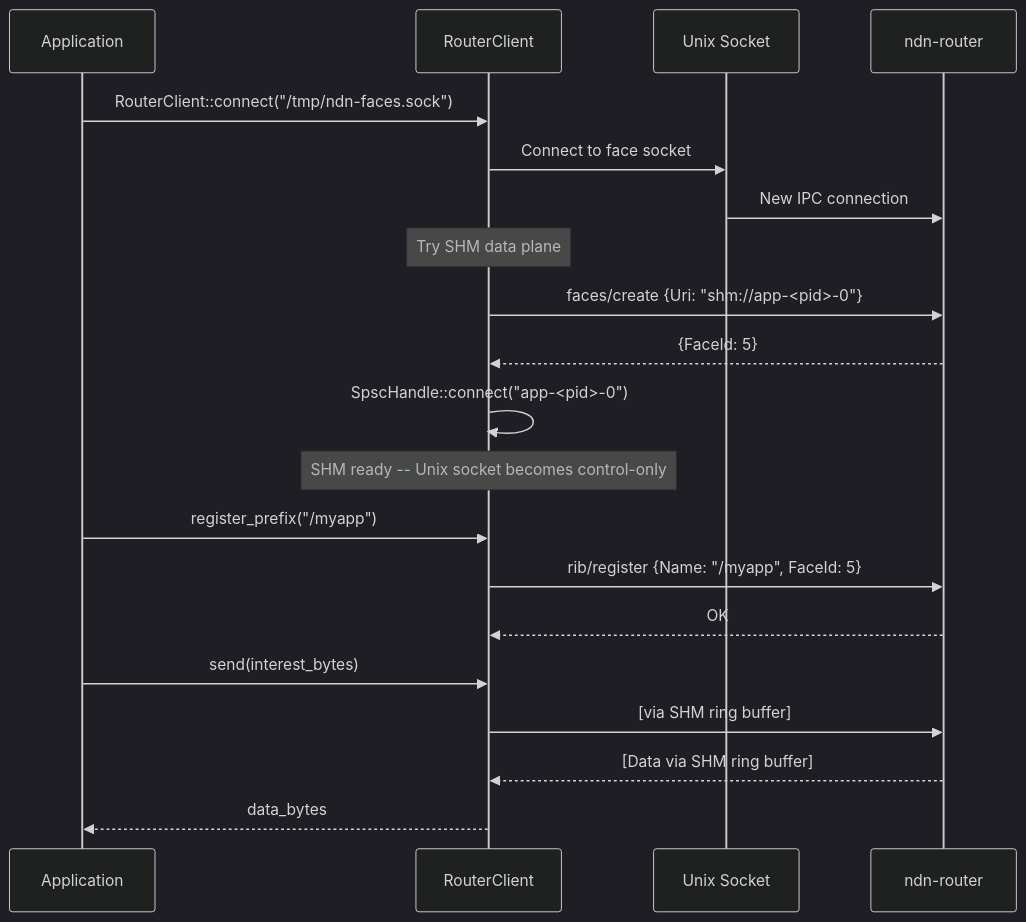
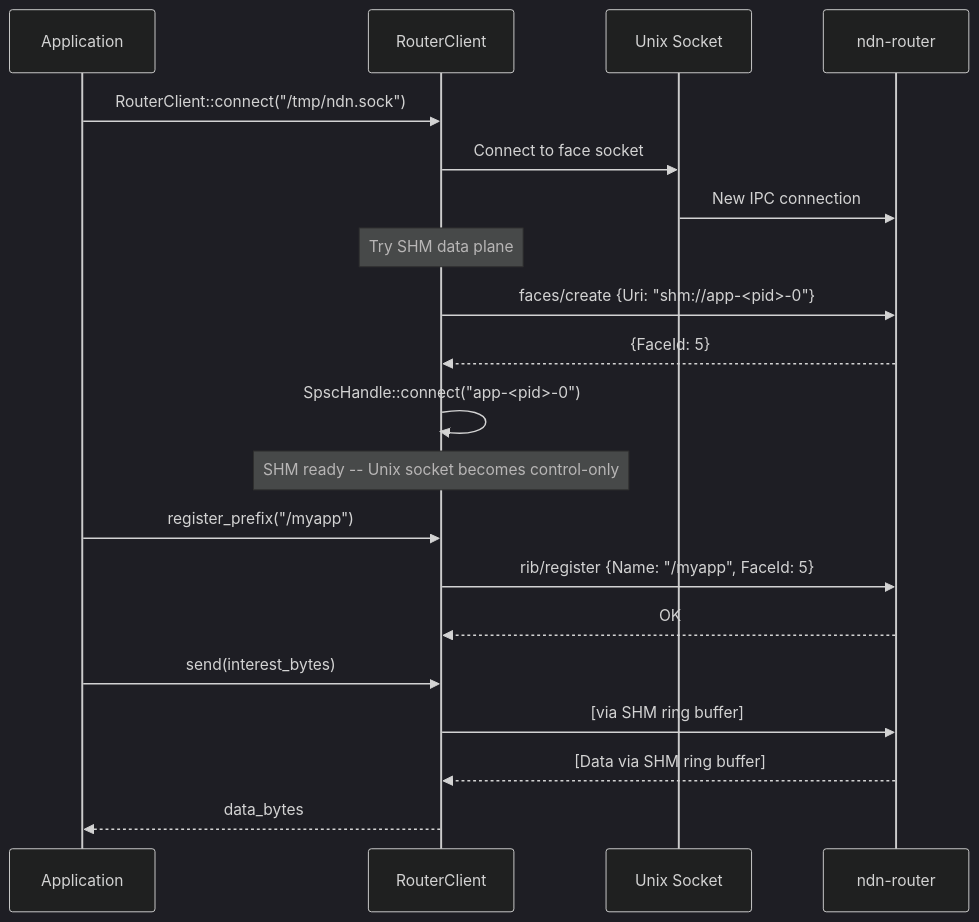
One commit to Quarmire/ndn-rs changed the third of 3 diagrams in docs/wiki/src/deep-dive/ipc-transport.md. Above: the diagram before and after it, drawn with Mermaid (dark theme). The commit also changed other lines of this file and 11 other files, not shown here.

````diff
--- a/docs/wiki/src/deep-dive/ipc-transport.md
+++ b/docs/wiki/src/deep-dive/ipc-transport.md
@@ -107,27 +107,27 @@
 ```mermaid
 sequenceDiagram
     participant App as Application
     participant RC as RouterClient
     participant Sock as Unix Socket
     participant Router as ndn-router
 
-    App->>RC: RouterClient::connect("/tmp/ndn-faces.sock")
+    App->>RC: RouterClient::connect("/tmp/ndn.sock")
     RC->>Sock: Connect to face socket
     Sock->>Router: New IPC connection
 
     Note over RC: Try SHM data plane
     RC->>Router: faces/create {Uri: "shm://app-<pid>-0"}
     Router-->>RC: {FaceId: 5}
     RC->>RC: SpscHandle::connect("app-<pid>-0")
 
     Note over RC: SHM ready -- Unix socket becomes control-only
 
     App->>RC: register_prefix("/myapp")
     RC->>Router: rib/register {Name: "/myapp", FaceId: 5}
     Router-->>RC: OK
 
     App->>RC: send(interest_bytes)
     RC->>Router: [via SHM ring buffer]
     Router-->>RC: [Data via SHM ring buffer]
     RC-->>App: data_bytes
 ```
````
